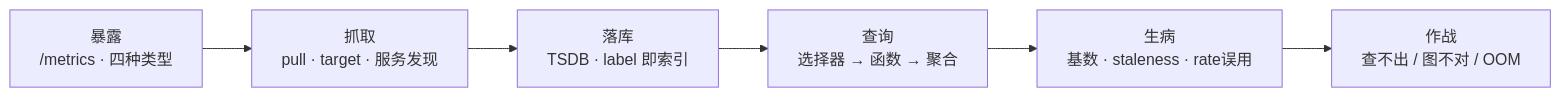
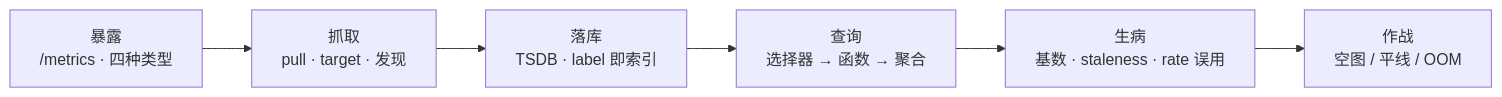
One commit to ml-cuizijun/LearnToLilith changed the first of 4 diagrams in 09-可观测性与SRE方法论/02-Prometheus与PromQL/知识点.md. Above: the diagram before and after it, drawn with Mermaid. The commit also changed other lines of this file and 178 other files, not shown here.

````diff
--- a/09-可观测性与SRE方法论/02-Prometheus与PromQL/知识点.md
+++ b/09-可观测性与SRE方法论/02-Prometheus与PromQL/知识点.md
@@ -21,8 +14,8 @@
 ```mermaid
 flowchart LR
-    EXPOSE["暴露<br/>/metrics · 四种类型"] --> SCRAPE["抓取<br/>pull · target · 服务发现"]
+    EXPOSE["暴露<br/>/metrics · 四种类型"] --> SCRAPE["抓取<br/>pull · target · 发现"]
     SCRAPE --> STORE["落库<br/>TSDB · label 即索引"]
     STORE --> QUERY["查询<br/>选择器 → 函数 → 聚合"]
-    QUERY --> SICK["生病<br/>基数 · staleness · rate误用"]
-    SICK --> FIGHT["作战<br/>查不出 / 图不对 / OOM"]
+    QUERY --> SICK["生病<br/>基数 · staleness · rate 误用"]
+    SICK --> FIGHT["作战<br/>空图 / 平线 / OOM"]
 ```
````
